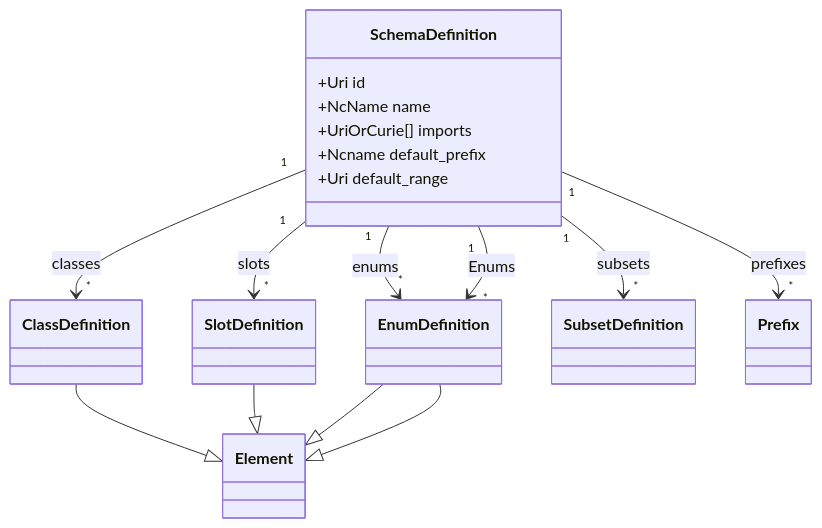
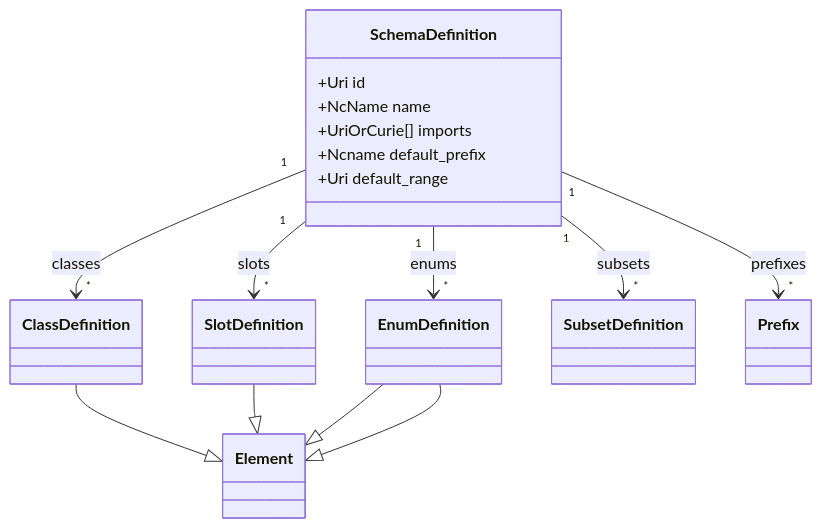
One commit to linkml/linkml-model changed the first of 8 diagrams in specification/03schemas.md. Above: the diagram before and after it, drawn with Mermaid. The commit also changed other lines of this file and 2 other files, not shown here.

````diff
--- a/specification/03schemas.md
+++ b/specification/03schemas.md
@@ -91,20 +91,19 @@
 ```mermaid
 classDiagram
     SchemaDefinition "1" --> "*" ClassDefinition: classes
     SchemaDefinition "1" --> "*" SlotDefinition: slots
     SchemaDefinition "1" --> "*" EnumDefinition: enums
-    SchemaDefinition "1" --> "*" EnumDefinition: Enums
     SchemaDefinition "1" --> "*" SubsetDefinition: subsets
     SchemaDefinition "1" --> "*" Prefix: prefixes
     ClassDefinition --|> Element
     SlotDefinition --|> Element
     EnumDefinition --|> Element
     EnumDefinition --|> Element
     class SchemaDefinition {
       +Uri id
       +NcName name
       +UriOrCurie[] imports
       +Ncname default_prefix
       +Uri default_range
     }
 ```
````
